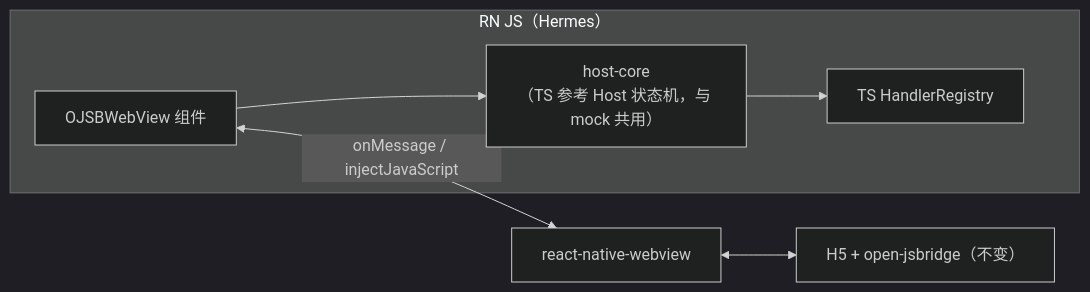
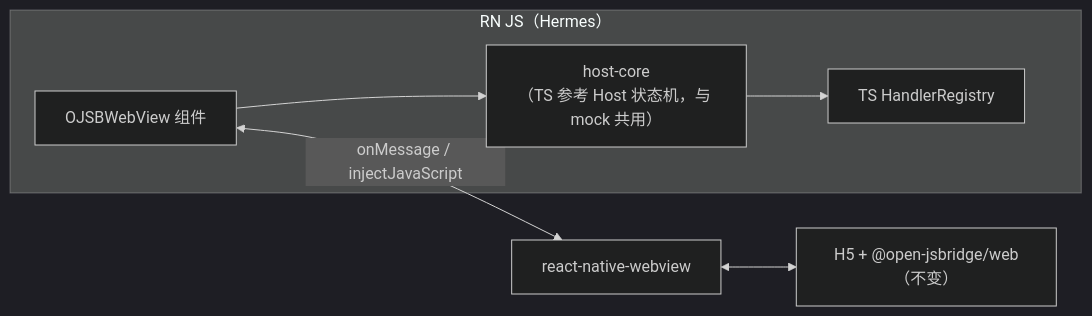
One commit to Josp3r/open-jsbridge changed the diagram in docs/react-native.md. Above: the diagram before and after it, drawn with Mermaid (dark theme). The commit also changed other lines of this file and 9 other files, not shown here.

````diff
--- a/docs/react-native.md
+++ b/docs/react-native.md
@@ -23,9 +23,9 @@
 ```mermaid
 flowchart LR
   subgraph RN["RN JS（Hermes）"]
     C[OJSBWebView 组件] --> HC["host-core<br/>（TS 参考 Host 状态机，与 mock 共用）"]
     HC --> REG[TS HandlerRegistry]
   end
   C <-->|onMessage / injectJavaScript| WV[react-native-webview]
-  WV <--> H5["H5 + open-jsbridge（不变）"]
+  WV <--> H5["H5 + @open-jsbridge/web（不变）"]
 ```
````
